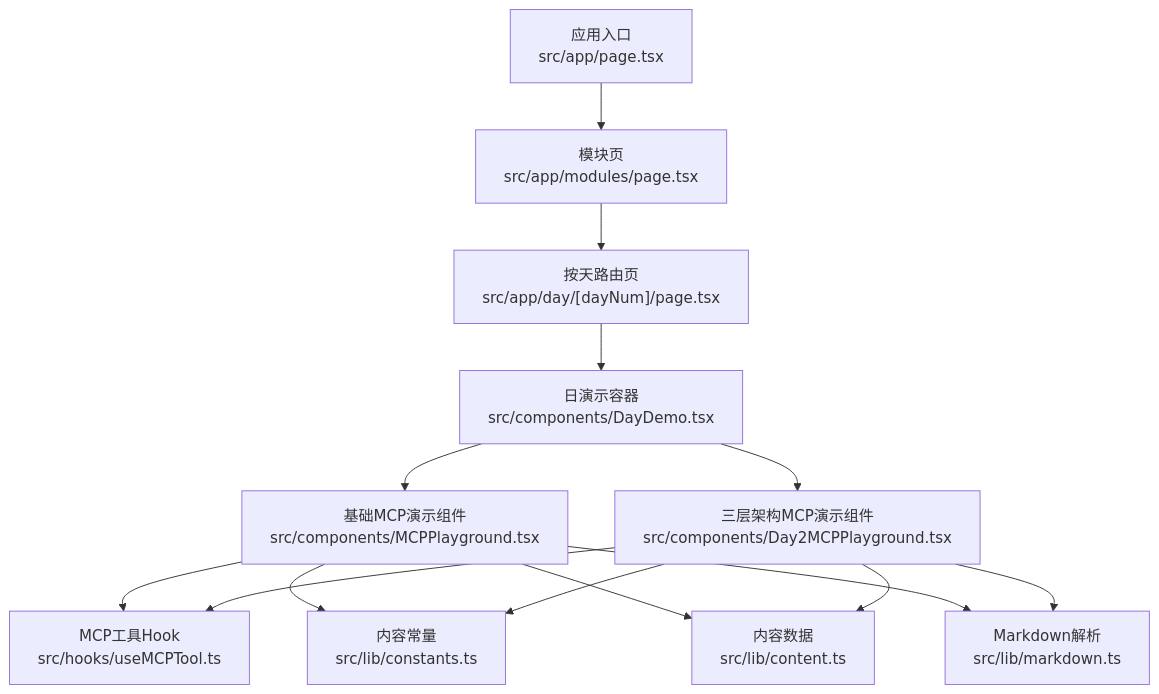
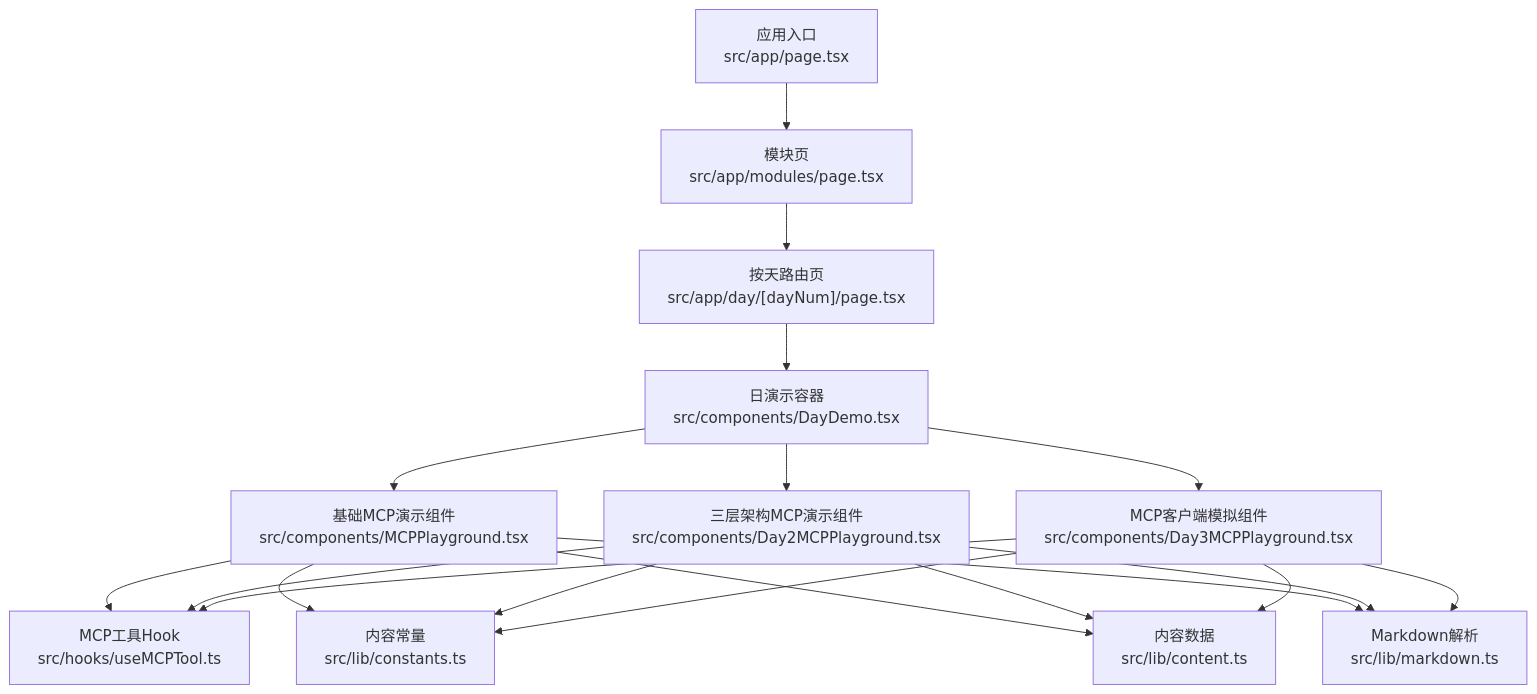
Before and after one commit to Leslie-Chuan/classic-example: the first of 3 diagrams in .qoder/repowiki/zh/content/UI组件/MCPPlayground组件.md, drawn with Mermaid. The commit also changed other lines of this file and 45 other files, not shown here.

````diff
--- a/.qoder/repowiki/zh/content/UI组件/MCPPlayground组件.md
+++ b/.qoder/repowiki/zh/content/UI组件/MCPPlayground组件.md
@@ -44,16 +44,21 @@
 ```mermaid
 graph TB
 A["应用入口<br/>src/app/page.tsx"] --> B["模块页<br/>src/app/modules/page.tsx"]
 B --> C["按天路由页<br/>src/app/day/[dayNum]/page.tsx"]
 C --> D["日演示容器<br/>src/components/DayDemo.tsx"]
 D --> E["基础MCP演示组件<br/>src/components/MCPPlayground.tsx"]
 D --> F["三层架构MCP演示组件<br/>src/components/Day2MCPPlayground.tsx"]
-E --> G["MCP工具Hook<br/>src/hooks/useMCPTool.ts"]
-F --> G
-E --> H["内容常量<br/>src/lib/constants.ts"]
+D --> G["MCP客户端模拟组件<br/>src/components/Day3MCPPlayground.tsx"]
+E --> H["MCP工具Hook<br/>src/hooks/useMCPTool.ts"]
 F --> H
-E --> I["内容数据<br/>src/lib/content.ts"]
+G --> H
+E --> I["内容常量<br/>src/lib/constants.ts"]
 F --> I
-E --> J["Markdown解析<br/>src/lib/markdown.ts"]
+G --> I
+E --> J["内容数据<br/>src/lib/content.ts"]
 F --> J
+G --> J
+E --> K["Markdown解析<br/>src/lib/markdown.ts"]
+F --> K
+G --> K
 ```
````
